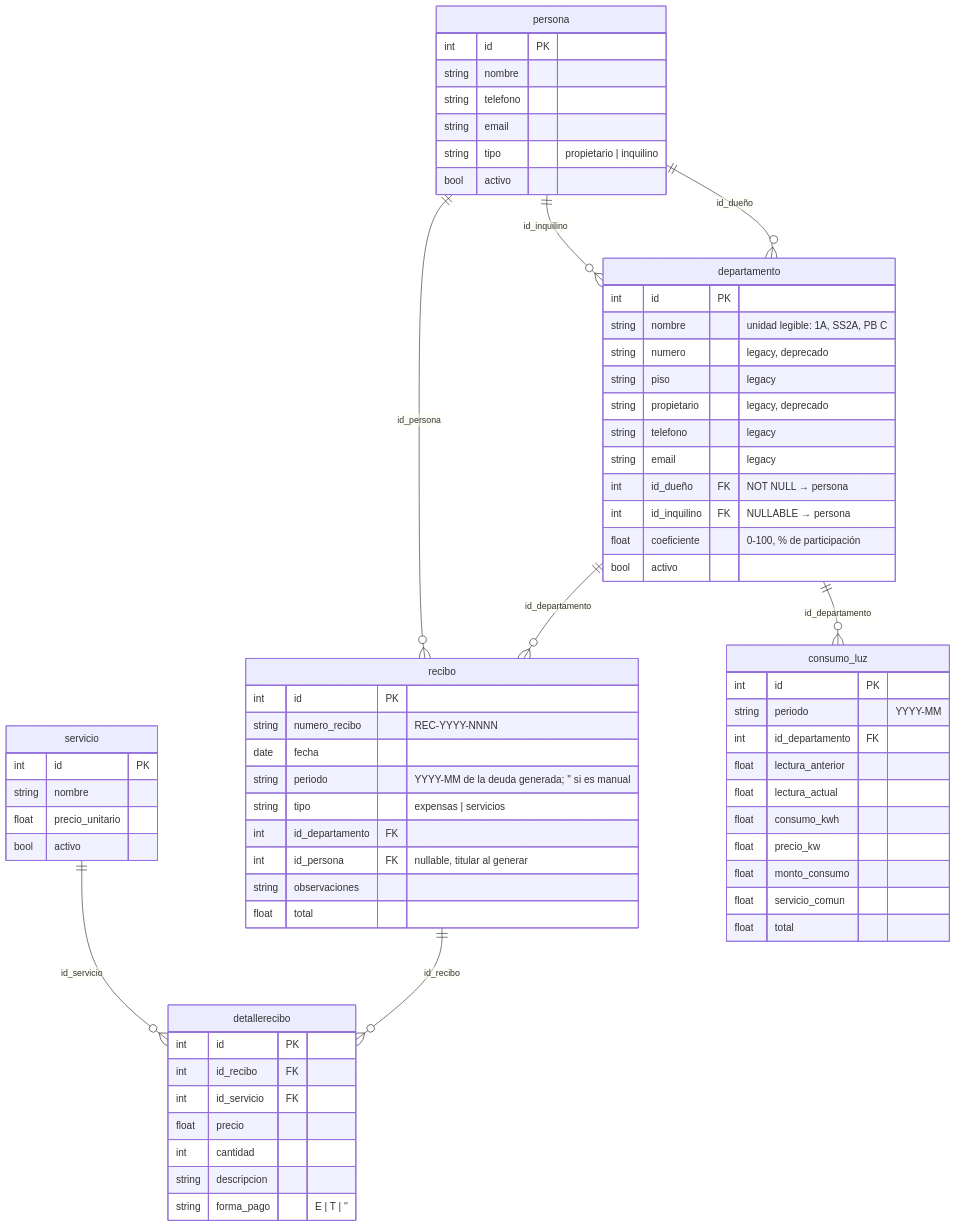
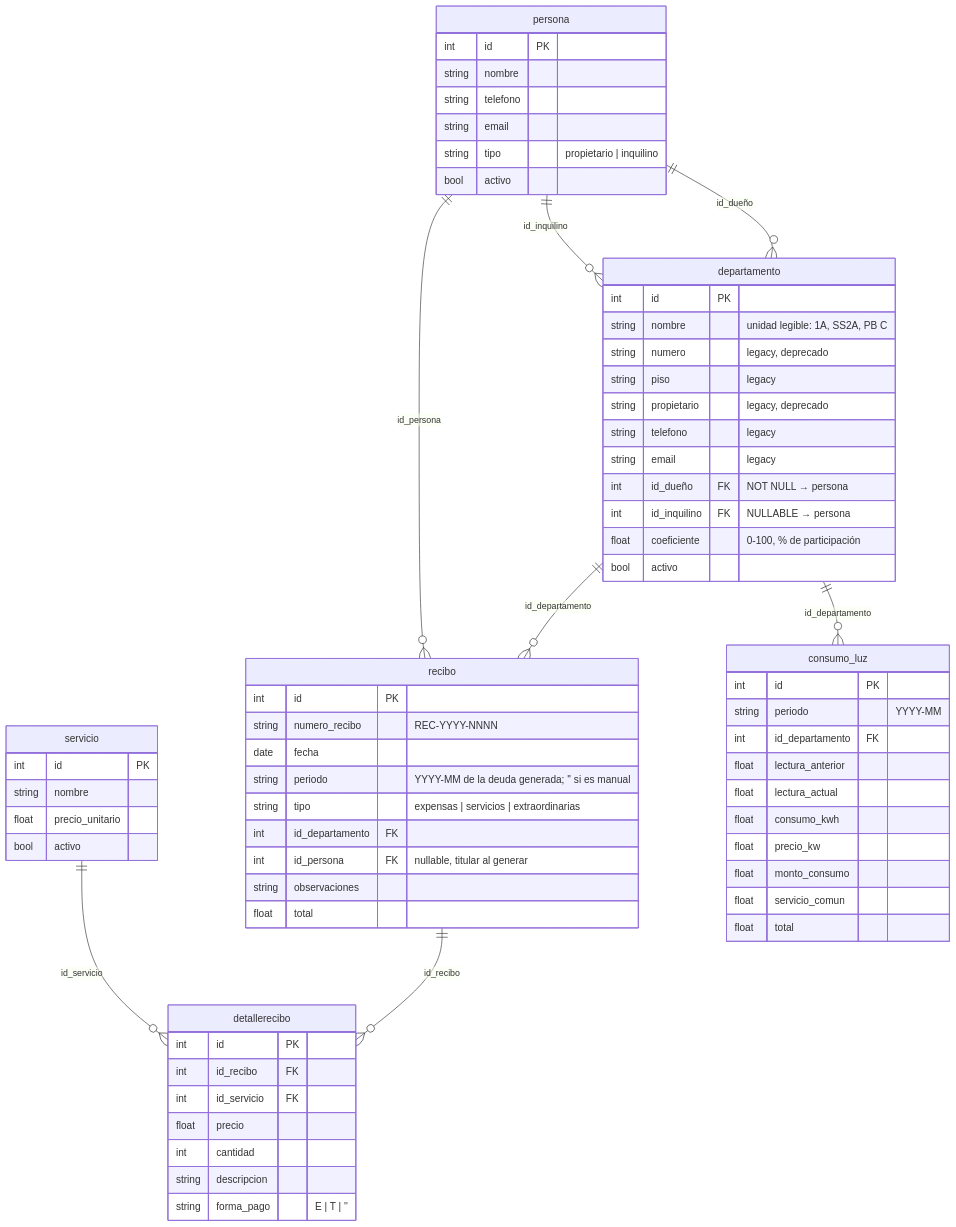
One commit to dlazarte/recibosGo changed the diagram in docs/modelo-de-datos.md. Above: the diagram before and after it, drawn with Mermaid. The commit also changed 10 other files, not shown here.

Commit message:
feat: expensas extraordinarias al propietario y deudor por unidad

````diff
--- a/docs/modelo-de-datos.md
+++ b/docs/modelo-de-datos.md
@@ -5,70 +5,70 @@
 ```mermaid
 erDiagram
     persona ||--o{ departamento : "id_dueño"
     persona ||--o{ departamento : "id_inquilino"
     departamento ||--o{ recibo : "id_departamento"
     persona ||--o{ recibo : "id_persona"
     recibo ||--o{ detallerecibo : "id_recibo"
     servicio ||--o{ detallerecibo : "id_servicio"
     departamento ||--o{ consumo_luz : "id_departamento"
 
     departamento {
         int id PK
         string nombre "unidad legible: 1A, SS2A, PB C"
         string numero "legacy, deprecado"
         string piso "legacy"
         string propietario "legacy, deprecado"
         string telefono "legacy"
         string email "legacy"
         int id_dueño FK "NOT NULL → persona"
         int id_inquilino FK "NULLABLE → persona"
         float coeficiente "0-100, % de participación"
         bool activo
     }
     persona {
         int id PK
         string nombre
         string telefono
         string email
         string tipo "propietario | inquilino"
         bool activo
     }
     recibo {
         int id PK
         string numero_recibo "REC-YYYY-NNNN"
         date fecha
         string periodo "YYYY-MM de la deuda generada; '' si es manual"
-        string tipo "expensas | servicios"
+        string tipo "expensas | servicios | extraordinarias"
         int id_departamento FK
         int id_persona FK "nullable, titular al generar"
         string observaciones
         float total
     }
     servicio {
         int id PK
         string nombre
         float precio_unitario
         bool activo
     }
     detallerecibo {
         int id PK
         int id_recibo FK
         int id_servicio FK
         float precio
         int cantidad
         string descripcion
         string forma_pago "E | T | ''"
     }
     consumo_luz {
         int id PK
         string periodo "YYYY-MM"
         int id_departamento FK
         float lectura_anterior
         float lectura_actual
         float consumo_kwh
         float precio_kw
         float monto_consumo
         float servicio_comun
         float total
     }
 ```
````
